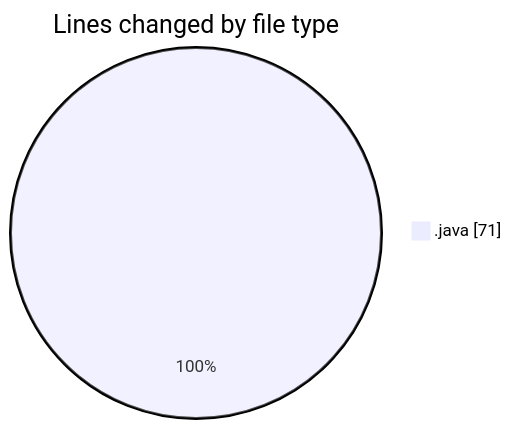
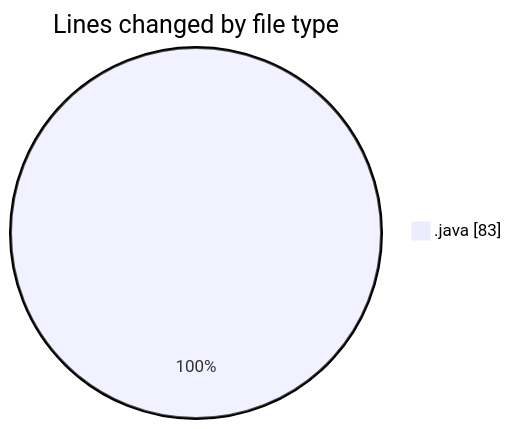
The first of 2 diagrams in 2025-02-24/day09-random-string/README.md (NitaiMahat/code-tracking), drawn with Mermaid before and after one commit. The commit also changed other lines of this file and 1 other file, not shown here.

````diff
--- a/2025-02-24/day09-random-string/README.md
+++ b/2025-02-24/day09-random-string/README.md
@@ -21,5 +21,5 @@
 ```mermaid
 pie showData
 title Lines changed by file type
-".java" : 71
+".java" : 83
 ```
````
